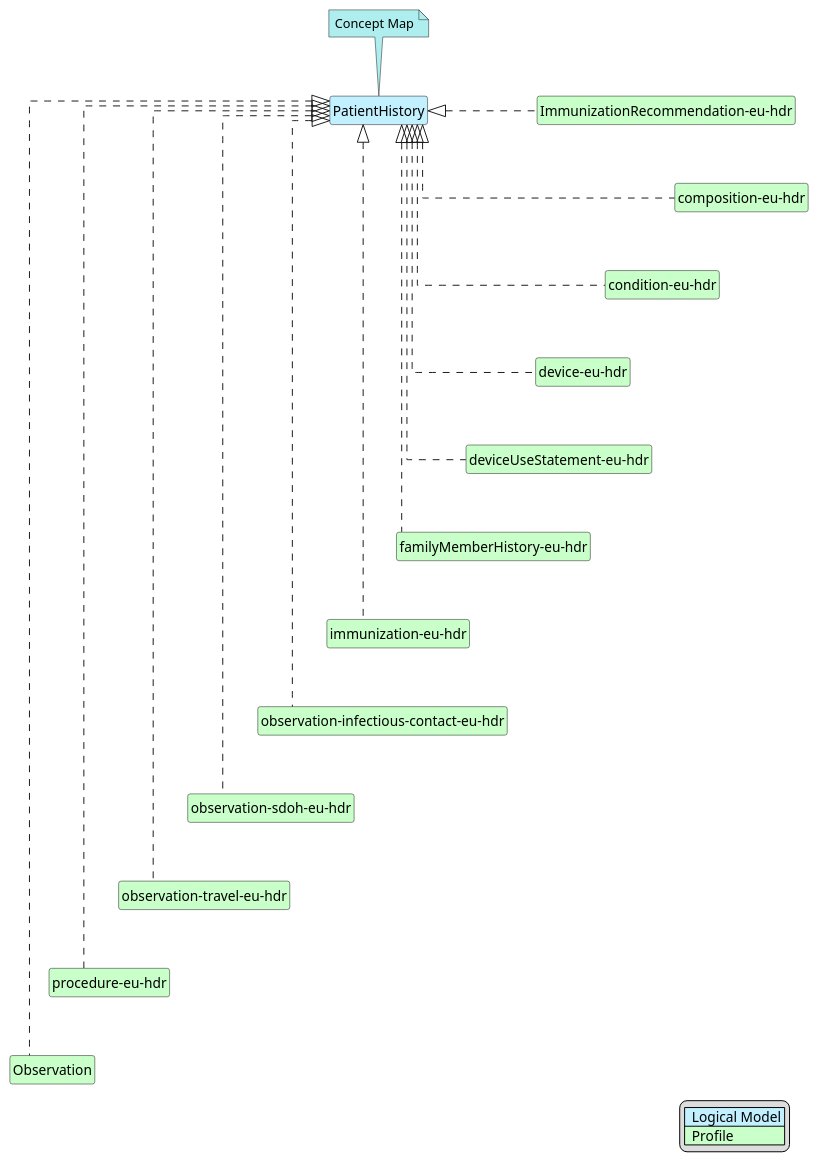
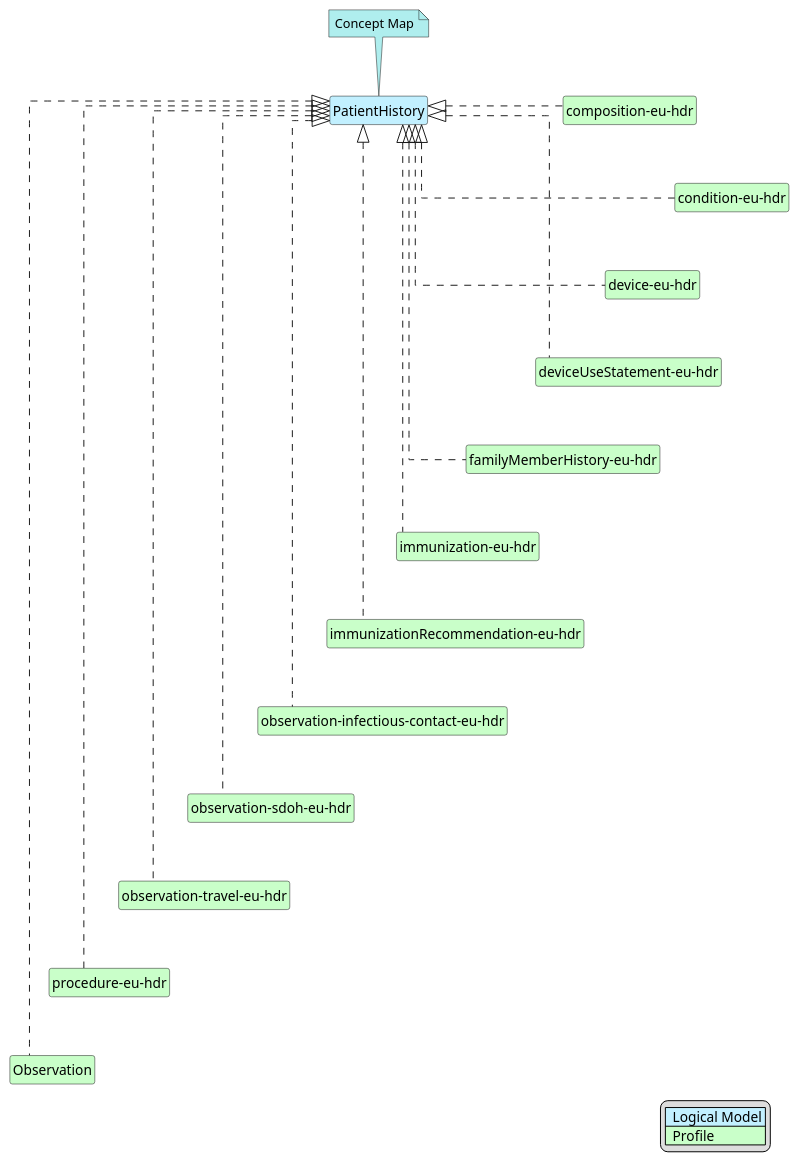
One commit to hl7-eu/hdr changed the diagram in input/images-source/PatientHistory-map.plantuml. Above: the diagram before and after it, drawn with PlantUML. The commit also changed other lines of this file and 15 other files, not shown here.

Commit message:
fixed map diagrams

```diff
--- a/input/images-source/PatientHistory-map.plantuml
+++ b/input/images-source/PatientHistory-map.plantuml
@@ -1,54 +1,54 @@
 @startuml
 hide circle
 hide stereotype
 hide members
 hide methods
 skinparam linetype ortho
 skinparam class {
 BackgroundColor<<LogicalModel>> #APPLICATION
 BackgroundColor<<Profile>> #TECHNOLOGY
 }
 legend right
 | <#APPLICATION>  Logical Model |
 | <#TECHNOLOGY>  Profile |
 endlegend
 class "PatientHistory" <<LogicalModel>> [[StructureDefinition-PatientHistory.html]]
 note top #PaleTurquoise [[ConceptMap-patientHistory2FHIR-eu-hdr.html]]
 Concept Map
 endnote
-class "ImmunizationRecommendation-eu-hdr" <<Profile>> [[StructureDefinition-ImmunizationRecommendation-eu-hdr.html]]
-"PatientHistory" <|. "ImmunizationRecommendation-eu-hdr"
 class "composition-eu-hdr" <<Profile>> [[StructureDefinition-composition-eu-hdr.html]]
 "PatientHistory" <|. "composition-eu-hdr"
-"ImmunizationRecommendation-eu-hdr" -d[hidden]-> "composition-eu-hdr"
 class "condition-eu-hdr" <<Profile>> [[StructureDefinition-condition-eu-hdr.html]]
 "PatientHistory" <|. "condition-eu-hdr"
 "composition-eu-hdr" -d[hidden]-> "condition-eu-hdr"
 class "device-eu-hdr" <<Profile>> [[StructureDefinition-device-eu-hdr.html]]
 "PatientHistory" <|. "device-eu-hdr"
 "condition-eu-hdr" -d[hidden]-> "device-eu-hdr"
 class "deviceUseStatement-eu-hdr" <<Profile>> [[StructureDefinition-deviceUseStatement-eu-hdr.html]]
 "PatientHistory" <|. "deviceUseStatement-eu-hdr"
 "device-eu-hdr" -d[hidden]-> "deviceUseStatement-eu-hdr"
 class "familyMemberHistory-eu-hdr" <<Profile>> [[StructureDefinition-familyMemberHistory-eu-hdr.html]]
 "PatientHistory" <|. "familyMemberHistory-eu-hdr"
 "deviceUseStatement-eu-hdr" -d[hidden]-> "familyMemberHistory-eu-hdr"
 class "immunization-eu-hdr" <<Profile>> [[StructureDefinition-immunization-eu-hdr.html]]
 "PatientHistory" <|. "immunization-eu-hdr"
 "familyMemberHistory-eu-hdr" -d[hidden]-> "immunization-eu-hdr"
+class "immunizationRecommendation-eu-hdr" <<Profile>> [[StructureDefinition-immunizationRecommendation-eu-hdr.html]]
+"PatientHistory" <|. "immunizationRecommendation-eu-hdr"
+"immunization-eu-hdr" -d[hidden]-> "immunizationRecommendation-eu-hdr"
 class "observation-infectious-contact-eu-hdr" <<Profile>> [[StructureDefinition-observation-infectious-contact-eu-hdr.html]]
 "PatientHistory" <|. "observation-infectious-contact-eu-hdr"
-"immunization-eu-hdr" -d[hidden]-> "observation-infectious-contact-eu-hdr"
+"immunizationRecommendation-eu-hdr" -d[hidden]-> "observation-infectious-contact-eu-hdr"
 class "observation-sdoh-eu-hdr" <<Profile>> [[StructureDefinition-observation-sdoh-eu-hdr.html]]
 "PatientHistory" <|. "observation-sdoh-eu-hdr"
 "observation-infectious-contact-eu-hdr" -d[hidden]-> "observation-sdoh-eu-hdr"
 class "observation-travel-eu-hdr" <<Profile>> [[StructureDefinition-observation-travel-eu-hdr.html]]
 "PatientHistory" <|. "observation-travel-eu-hdr"
 "observation-sdoh-eu-hdr" -d[hidden]-> "observation-travel-eu-hdr"
 class "procedure-eu-hdr" <<Profile>> [[StructureDefinition-procedure-eu-hdr.html]]
 "PatientHistory" <|. "procedure-eu-hdr"
 "observation-travel-eu-hdr" -d[hidden]-> "procedure-eu-hdr"
 class "Observation" <<Profile>> [[http://hl7.org/fhir/StructureDefinition/Observation]]
 "PatientHistory" <|. "Observation"
 "procedure-eu-hdr" -d[hidden]-> "Observation"
 @enduml
```
